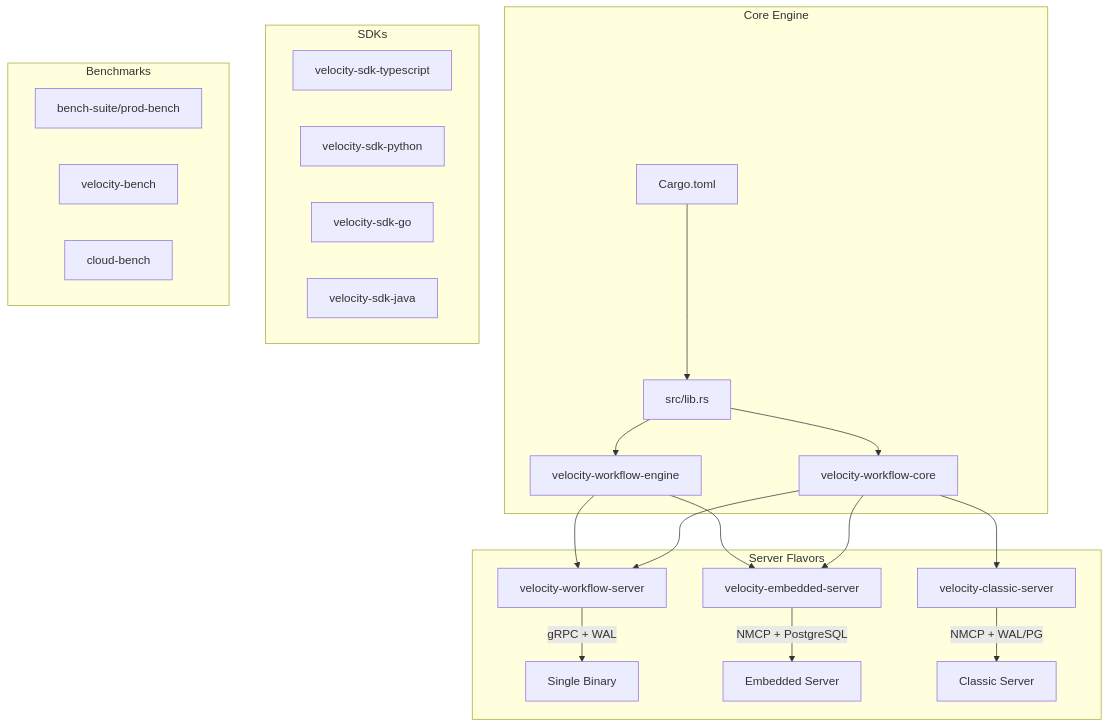
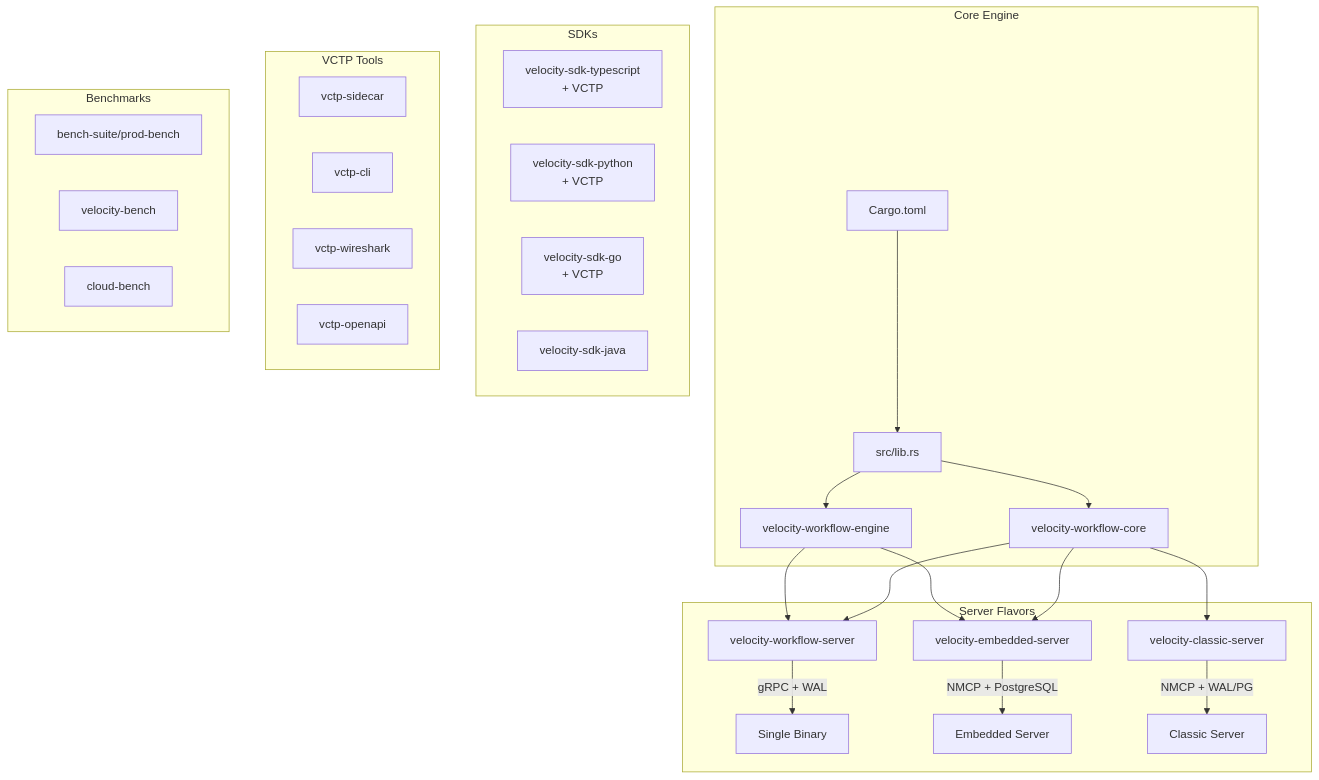
Before and after one commit to UnitBuilds-CC/V.E.L.O.C.I.T.Y.-WorkFlow: the first of 2 diagrams in .qoder/repowiki/en/content/Getting Started.md, drawn with Mermaid. The commit also changed other lines of this file and 21 other files, not shown here.

````diff
--- a/.qoder/repowiki/en/content/Getting Started.md
+++ b/.qoder/repowiki/en/content/Getting Started.md
@@ -72,33 +80,40 @@
 ```mermaid
 graph TB
     subgraph "Core Engine"
         A[Cargo.toml] --> B[src/lib.rs]
         B --> C[velocity-workflow-core]
         B --> D[velocity-workflow-engine]
     end
     
     subgraph "Server Flavors"
         E[velocity-workflow-server] -->|gRPC + WAL| F[Single Binary]
         G[velocity-embedded-server] -->|NMCP + PostgreSQL| H[Embedded Server]
         I[velocity-classic-server] -->|NMCP + WAL/PG| J[Classic Server]
     end
     
     subgraph "SDKs"
-        K[velocity-sdk-typescript]
-        L[velocity-sdk-python]
-        M[velocity-sdk-go]
+        K[velocity-sdk-typescript<br/>+ VCTP]
+        L[velocity-sdk-python<br/>+ VCTP]
+        M[velocity-sdk-go<br/>+ VCTP]
         N[velocity-sdk-java]
+    end
+    
+    subgraph "VCTP Tools"
+        V1[vctp-sidecar]
+        V2[vctp-cli]
+        V3[vctp-wireshark]
+        V4[vctp-openapi]
     end
     
     subgraph "Benchmarks"
         O[bench-suite/prod-bench]
         P[velocity-bench]
         Q[cloud-bench]
     end
     
     C --> E
     C --> G
     C --> I
     D --> E
     D --> G
 ```
````
